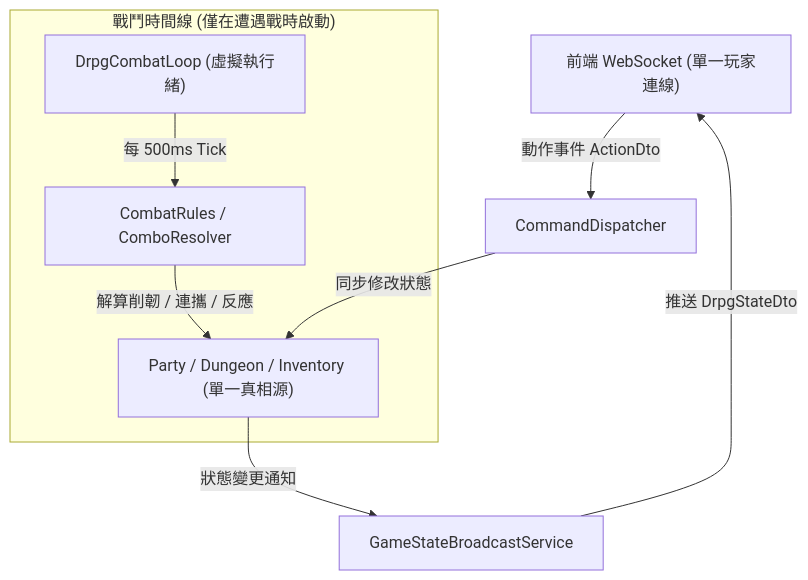
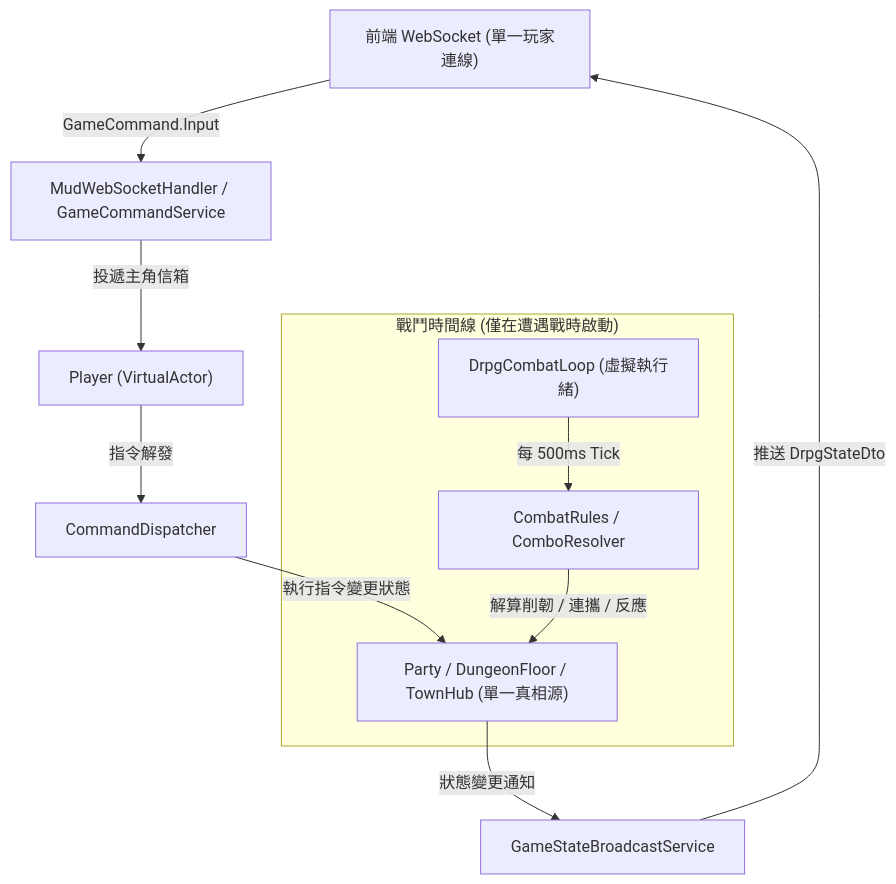
One commit to FTC-johnchien/practice_mud changed the diagram in docs/2_specifications/backend/M9_STATE_PIPELINE_AND_EVENTS.md. Above: the diagram before and after it, drawn with Mermaid. The commit also changed other lines of this file and 74 other files, not shown here.

````diff
--- a/docs/2_specifications/backend/M9_STATE_PIPELINE_AND_EVENTS.md
+++ b/docs/2_specifications/backend/M9_STATE_PIPELINE_AND_EVENTS.md
@@ -232,13 +233,15 @@
 ```mermaid
 graph TD
-    Client["前端 WebSocket (單一玩家連線)"] -->|動作事件 ActionDto| Controller["CommandDispatcher"]
-    Controller -->|同步修改狀態| Model["Party / Dungeon / Inventory (單一真相源)"]
+    Client["前端 WebSocket (單一玩家連線)"] -->|GameCommand.Input| Handler["MudWebSocketHandler / GameCommandService"]
+    Handler -->|投遞主角信箱| PlayerActor["Player (VirtualActor)"]
+    PlayerActor -->|指令解發| Controller["CommandDispatcher"]
+    Controller -->|執行指令變更狀態| Model["Party / DungeonFloor / TownHub (單一真相源)"]
     
     subgraph BattleTimeline ["戰鬥時間線 (僅在遭遇戰時啟動)"]
         Loop["DrpgCombatLoop (虛擬執行緒)"] -->|每 500ms Tick| CombatEngine["CombatRules / ComboResolver"]
         CombatEngine -->|解算削韌 / 連攜 / 反應| Model
     end
 
     Model -->|狀態變更通知| Broadcaster["GameStateBroadcastService"]
     Broadcaster -->|推送 DrpgStateDto| Client
 ```
````
